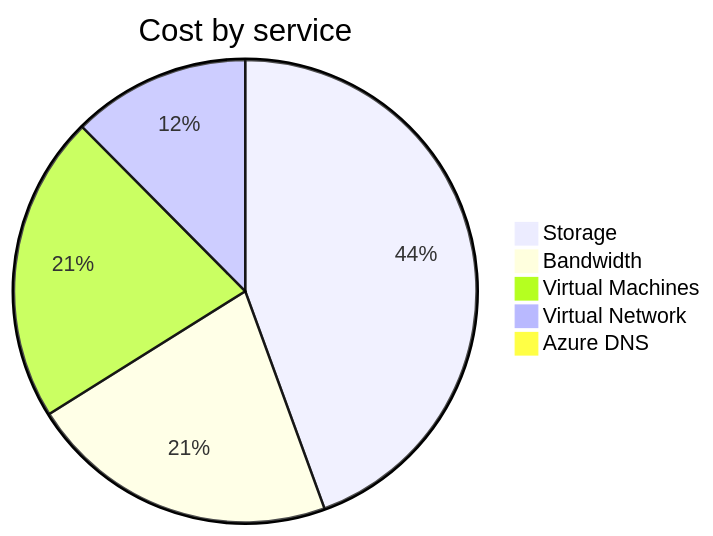
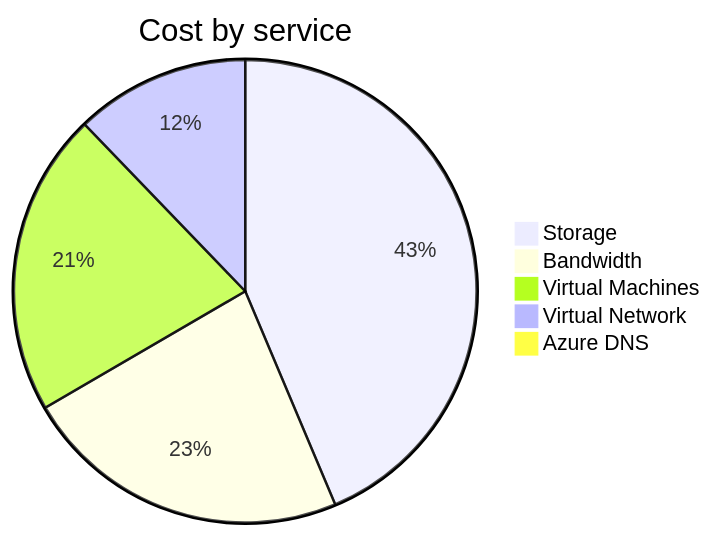
The second of 4 diagrams in cost-reports/personal-network/README.md (jpfulton/azure-personal-reports), drawn with Mermaid before and after one commit. The commit also changed other lines of this file and 8 other files, not shown here.

````diff
--- a/cost-reports/personal-network/README.md
+++ b/cost-reports/personal-network/README.md
@@ -99,9 +99,9 @@
 ```mermaid
 pie
    title Cost by service
-   "Storage" : 21.44
-   "Bandwidth" : 10.45
-   "Virtual Machines" : 10.36
-   "Virtual Network" : 6.00
-   "Azure DNS" : 0.40
+   "Storage" : 22.26
+   "Bandwidth" : 11.71
+   "Virtual Machines" : 10.81
+   "Virtual Network" : 6.22
+   "Azure DNS" : 0.42
 ```
````
